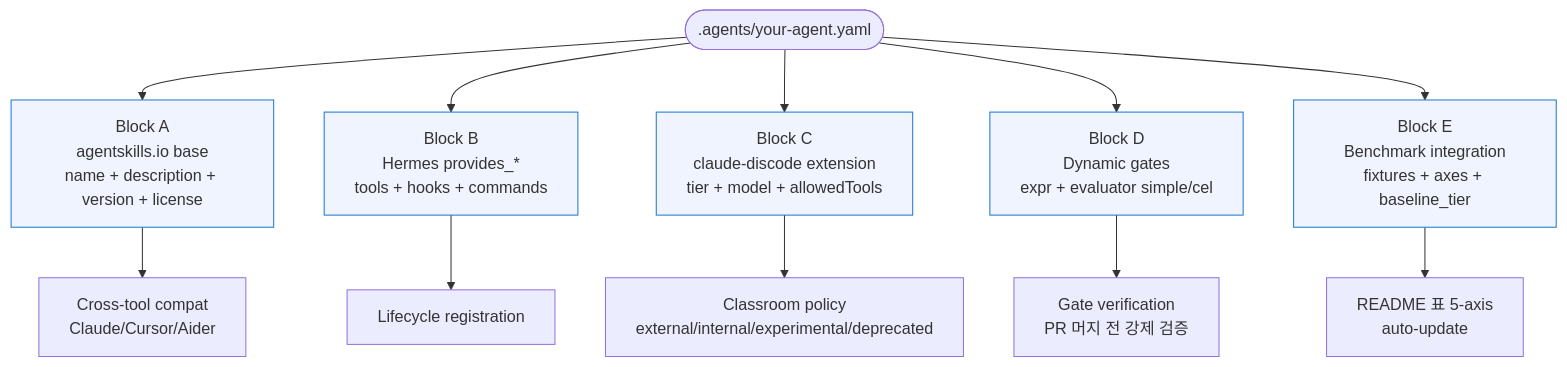
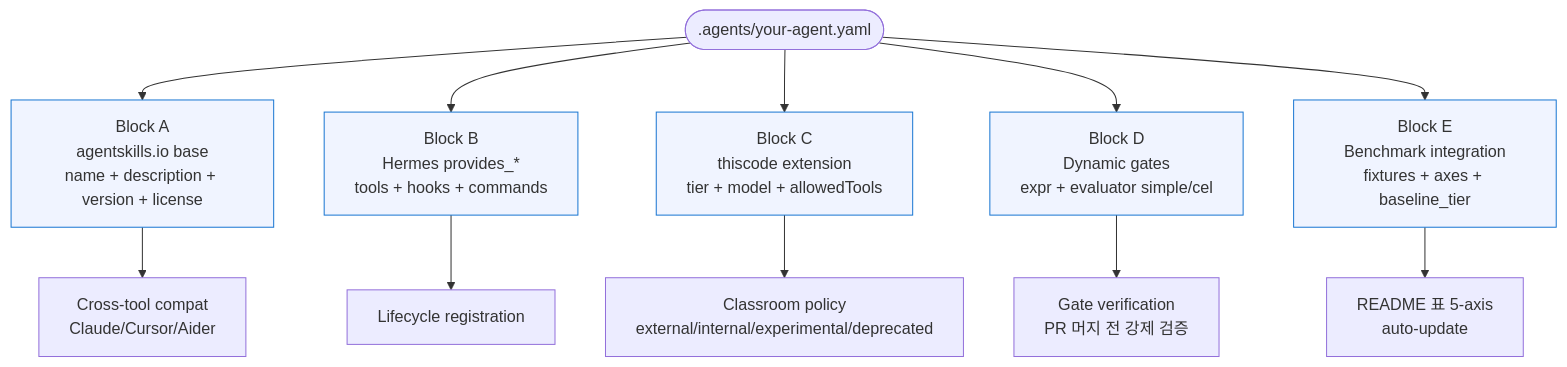
One commit to treylom/claude-discode changed the fourth of 6 diagrams in docs/ARCHITECTURE.md. Above: the diagram before and after it, drawn with Mermaid. The commit also changed other lines of this file and 134 other files, not shown here.

First line of the commit message:
rename: claude-discode → ThisCode (재경님 결정 A, 2026-05-16, pre-launch 풀 rename)

````diff
--- a/docs/ARCHITECTURE.md
+++ b/docs/ARCHITECTURE.md
@@ -96,17 +96,17 @@
 ```mermaid
 flowchart TD
     YAML([.agents/your-agent.yaml]) --> BA[Block A<br/>agentskills.io base<br/>name + description + version + license]
     YAML --> BB[Block B<br/>Hermes provides_*<br/>tools + hooks + commands]
-    YAML --> BC[Block C<br/>claude-discode extension<br/>tier + model + allowedTools]
+    YAML --> BC[Block C<br/>thiscode extension<br/>tier + model + allowedTools]
     YAML --> BD[Block D<br/>Dynamic gates<br/>expr + evaluator simple/cel]
     YAML --> BE[Block E<br/>Benchmark integration<br/>fixtures + axes + baseline_tier]
 
     BA --> CT[Cross-tool compat<br/>Claude/Cursor/Aider]
     BB --> LR[Lifecycle registration]
     BC --> CP[Classroom policy<br/>external/internal/experimental/deprecated]
     BD --> GV[Gate verification<br/>PR 머지 전 강제 검증]
     BE --> RM[README 표 5-axis<br/>auto-update]
 
     classDef block fill:#f0f4ff,stroke:#1976d2
     class BA,BB,BC,BD,BE block
 ```
````
